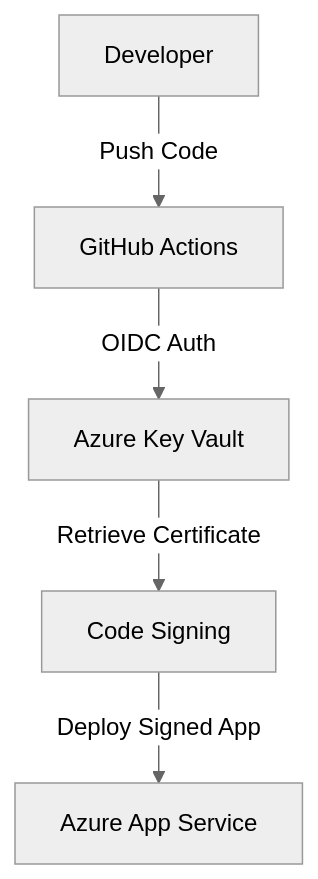
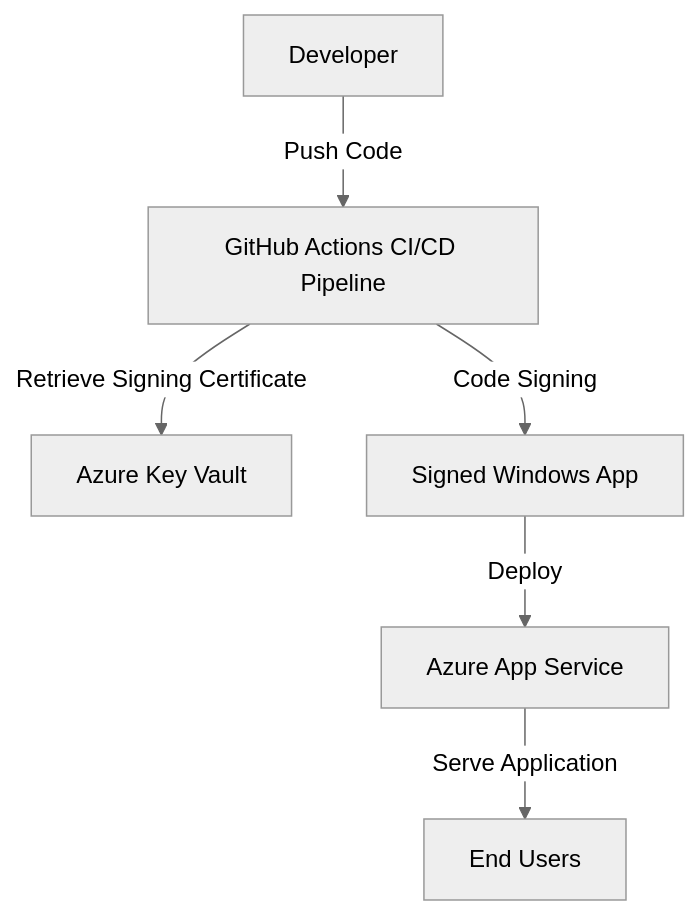
One commit to seligj95/sample-best-practices-ensuring-security-with-azure-app-servi changed the diagram in README.md. Above: the diagram before and after it, drawn with Mermaid (neutral theme). The commit also changed other lines of this file, not shown here.

````diff
--- a/README.md
+++ b/README.md
@@ -7,7 +7,8 @@
 ```mermaid
 graph TD
-    A[Developer] -->|Push Code| B[GitHub Actions]
-    B -->|OIDC Auth| C[Azure Key Vault]
-    C -->|Retrieve Certificate| D[Code Signing]
-    D -->|Deploy Signed App| E[Azure App Service]
+    A[Developer] -->|Push Code| B[GitHub Actions CI/CD Pipeline]
+    B -->|Retrieve Signing Certificate| C[Azure Key Vault]
+    B -->|Code Signing| D[Signed Windows App]
+    D -->|Deploy| E[Azure App Service]
+    E -->|Serve Application| F[End Users]
 ```
````
